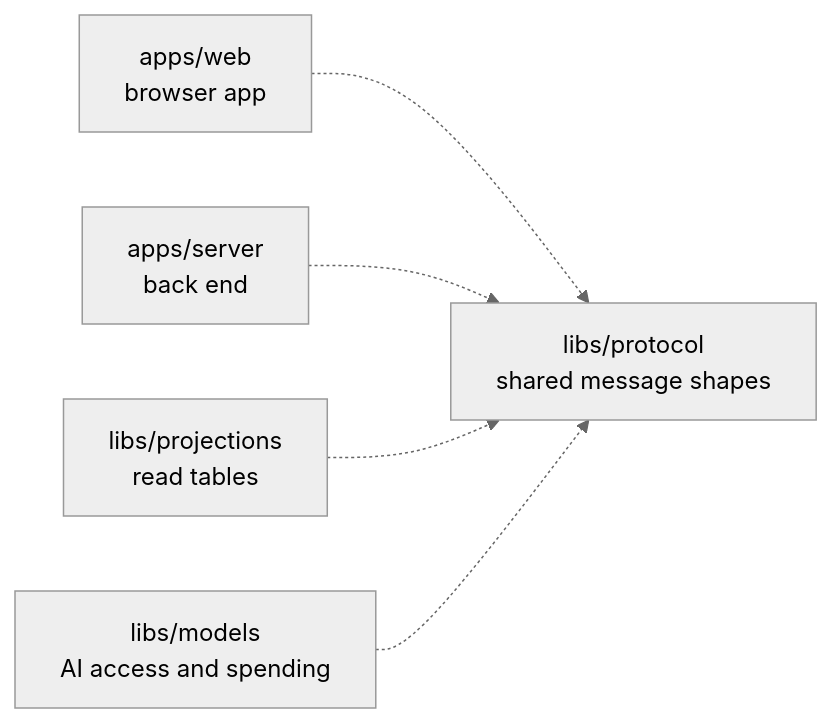
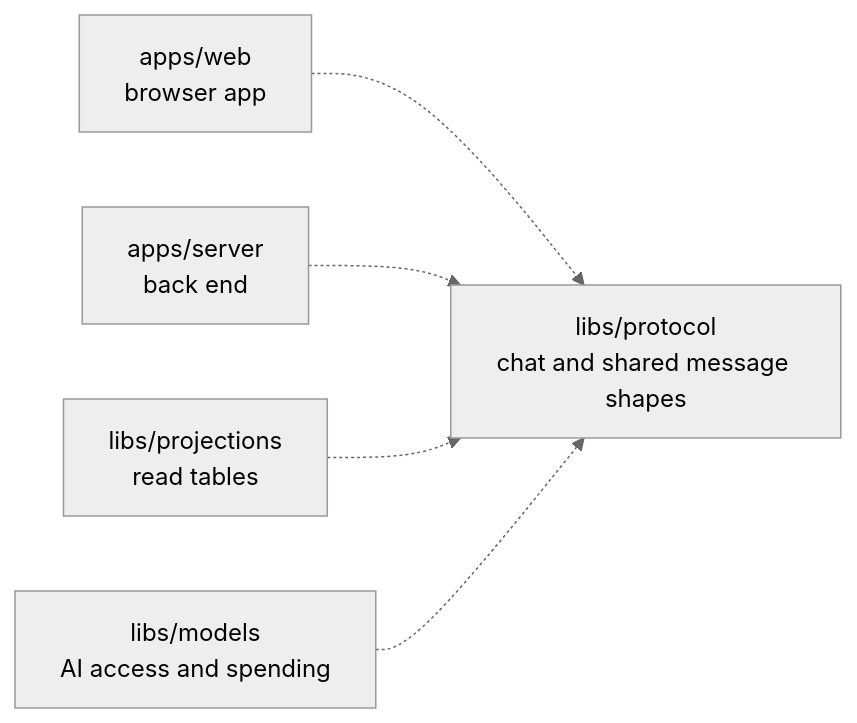
The diagram in libs/protocol/README.md (elewa-git/opencrane-new), drawn with Mermaid (neutral theme) before and after one commit. The commit also changed other lines of this file and 52 other files, not shown here.

````diff
--- a/libs/protocol/README.md
+++ b/libs/protocol/README.md
@@ -11,7 +11,7 @@
 ```mermaid
 flowchart LR
-  web["apps/web<br/>browser app"] -.-> protocol["libs/protocol<br/>shared message shapes"]
+  web["apps/web<br/>browser app"] -.-> protocol["libs/protocol<br/>chat and shared message shapes"]
   server["apps/server<br/>back end"] -.-> protocol
   projections["libs/projections<br/>read tables"] -.-> protocol
   models["libs/models<br/>AI access and spending"] -.-> protocol
 ```
````
